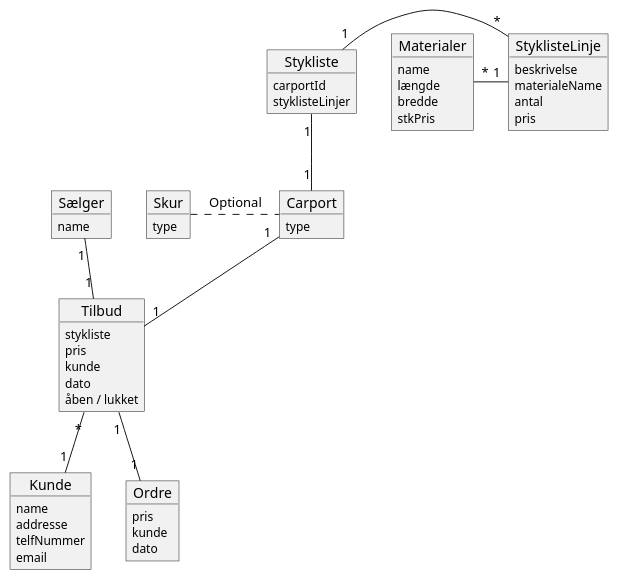
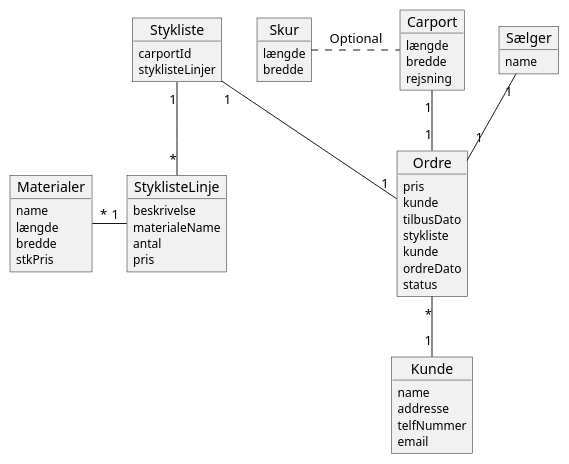
Before and after one commit to kalhauge/Fog: the diagram in src/main/Diagrammer/DomainDiagram.puml, drawn with PlantUML. The commit also changed 7 other files, not shown here.

Commit message:
Migrate script + Domain / ER updates

```diff
--- a/src/main/Diagrammer/DomainDiagram.puml
+++ b/src/main/Diagrammer/DomainDiagram.puml
@@ -1,61 +1,59 @@
 @startuml
 
 object Kunde
 Kunde : <size:12>name
 Kunde : <size:12>addresse
 Kunde : <size:12>telfNummer
 Kunde : <size:12>email
 
 object Sælger
 Sælger : <size:12>name
 
-
 object Materialer
 Materialer : <size:12>name
 Materialer : <size:12>længde
 Materialer : <size:12>bredde
 Materialer : <size:12>stkPris
 
-object Tilbud
-Tilbud : <size:12>stykliste
-Tilbud : <size:12>pris
-Tilbud : <size:12>kunde
-Tilbud : <size:12>dato
-Tilbud : <size:12>åben / lukket
 
 object Ordre
 Ordre : <size:12>pris
 Ordre : <size:12>kunde
-Ordre : <size:12>dato
+Ordre : <size:12>tilbusDato
+Ordre : <size:12>stykliste
+Ordre : <size:12>kunde
+Ordre : <size:12>ordreDato
+Ordre : <size:12>status
+
 
 object Carport
-Carport : <size:12>type
+Carport : <size:12>længde
+Carport : <size:12>bredde
+Carport : <size:12>rejsning
 
 object Skur
-Skur : <size:12>type
+Skur : <size:12>længde
+Skur : <size:12>bredde
 
 object Stykliste
 Stykliste : <size:12>carportId
 Stykliste : <size:12>styklisteLinjer
 
 object StyklisteLinje
 StyklisteLinje : <size:12>beskrivelse
 StyklisteLinje : <size:12>materialeName
 StyklisteLinje : <size:12>antal
 StyklisteLinje : <size:12>pris
 
-Stykliste "1" -- "1" Carport
+Stykliste "1" -- "1" Ordre
 
-Stykliste "1" - "*" StyklisteLinje
+Stykliste "1" -- "*" StyklisteLinje
 Materialer "*" - "1" StyklisteLinje
 
-Tilbud "1" -- "1" Ordre
-Tilbud "*" -- "1" Kunde
+Ordre "*" -- "1" Kunde
 
-Carport "1" -- "1" Tilbud
+Carport "1" -- "1" Ordre
 
-Sælger "1" -- "1" Tilbud
-
-
+Sælger "1" -- "1" Ordre
 Skur . Carport : Optional
 @enduml
```
